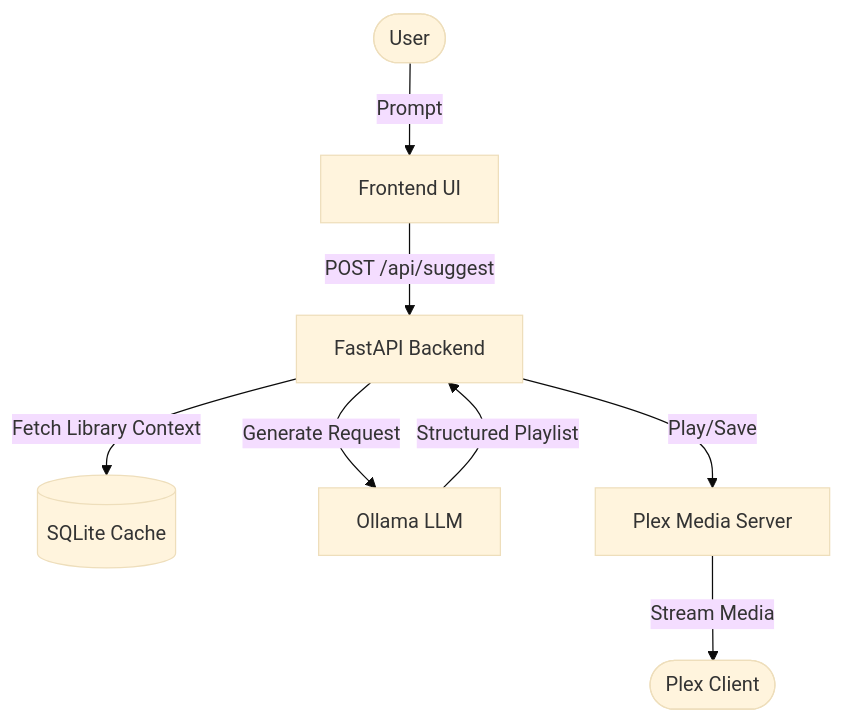
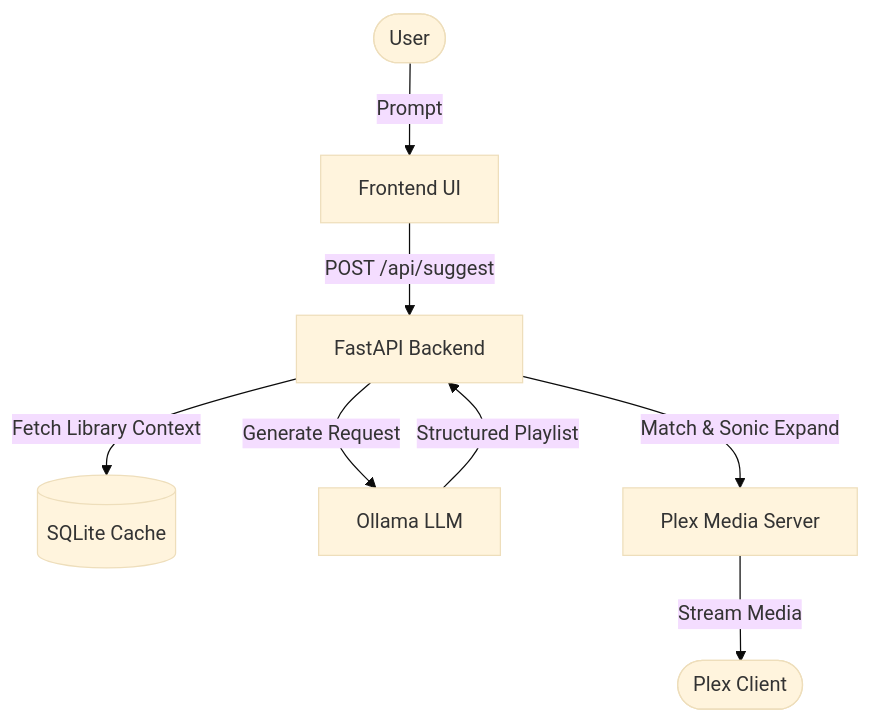
Before and after one commit to vitreous99/plex_playlist: the diagram in README.md, drawn with Mermaid (base theme). The commit also changed other lines of this file and 15 other files, not shown here.

````diff
--- a/README.md
+++ b/README.md
@@ -16,10 +17,10 @@
 ```mermaid
 graph TD;
     User([User]) -->|Prompt| UI[Frontend UI];
     UI -->|POST /api/suggest| FastAPI[FastAPI Backend];
     FastAPI -->|Fetch Library Context| SQLite[(SQLite Cache)];
     FastAPI -->|Generate Request| Ollama[Ollama LLM];
     Ollama -->|Structured Playlist| FastAPI;
-    FastAPI -->|Play/Save| Plex[Plex Media Server];
+    FastAPI -->|Match & Sonic Expand| Plex[Plex Media Server];
     Plex -->|Stream Media| Client([Plex Client]);
 ```
````
